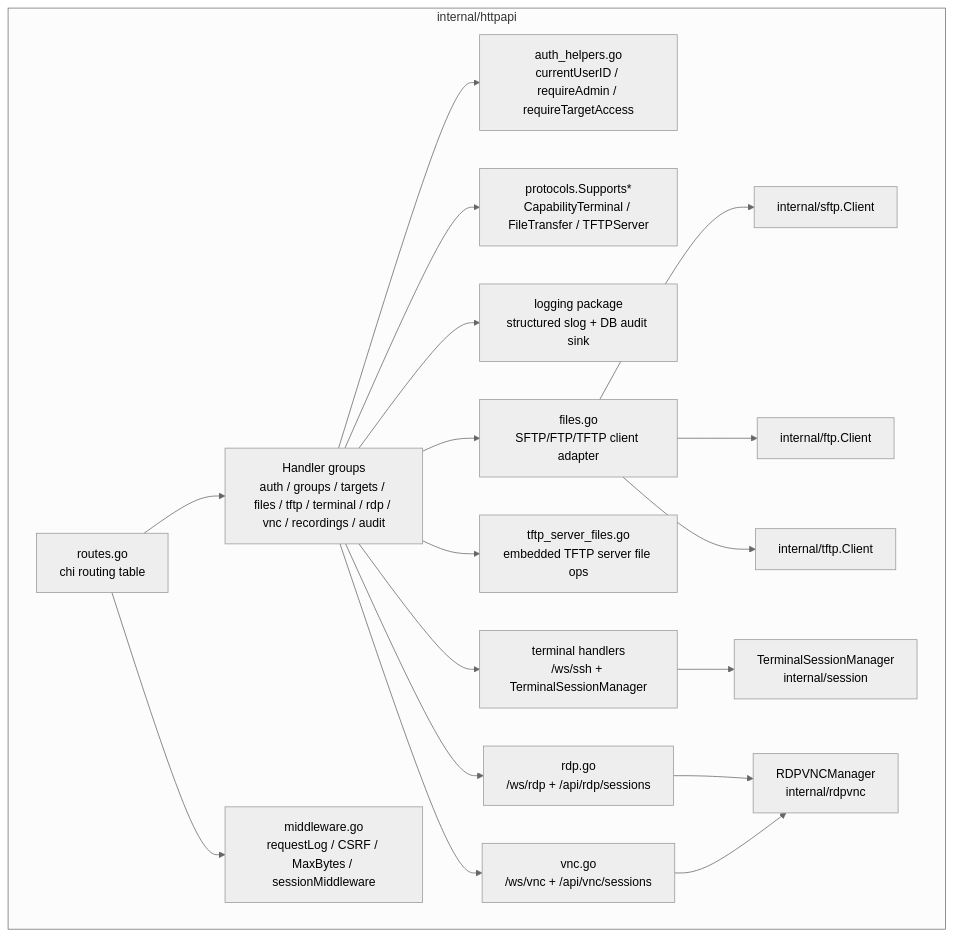
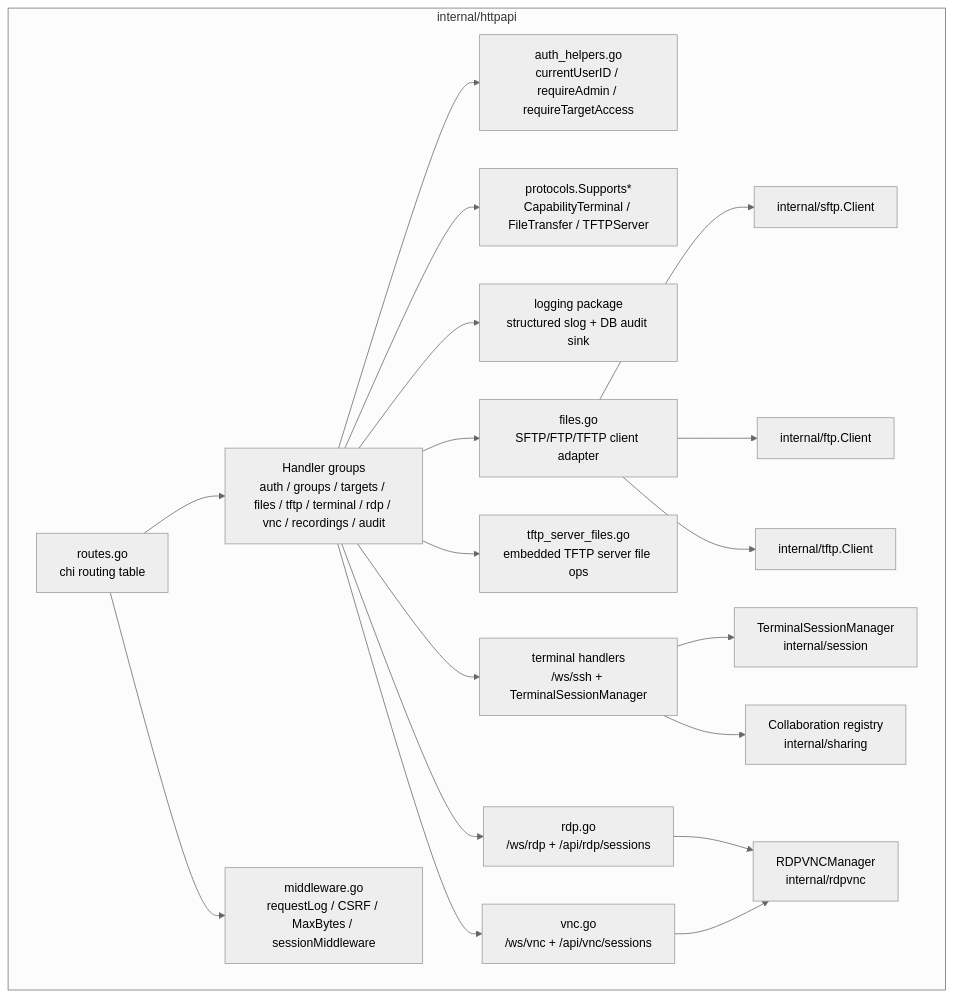
The second of 4 diagrams in docs/ARCHITECTURE.md (nullpo7z/vantyx), drawn with Mermaid (neutral theme) before and after one commit. The commit also changed other lines of this file and 65 other files, not shown here.

````diff
--- a/docs/ARCHITECTURE.md
+++ b/docs/ARCHITECTURE.md
@@ -49,31 +49,32 @@
 ```mermaid
 graph TD
     subgraph HTTPAPI["internal/httpapi"]
         Routes["routes.go<br/>chi routing table"] --> Handlers
         Handlers["Handler groups<br/>auth / groups / targets / files / tftp / terminal / rdp / vnc / recordings / audit"]
 
         AuthHelpers["auth_helpers.go<br/>currentUserID / requireAdmin / requireTargetAccess"]
         ProtocolCaps["protocols.Supports*<br/>CapabilityTerminal / FileTransfer / TFTPServer"]
         Middleware["middleware.go<br/>requestLog / CSRF / MaxBytes / sessionMiddleware"]
         Audit["logging package<br/>structured slog + DB audit sink"]
 
         Routes --> Middleware
         Handlers --> AuthHelpers
         Handlers --> ProtocolCaps
         Handlers --> Audit
 
         Handlers --> Files["files.go<br/>SFTP/FTP/TFTP client adapter"]
         Handlers --> TFTPFiles["tftp_server_files.go<br/>embedded TFTP server file ops"]
         Files --> SFTPClient["internal/sftp.Client"]
         Files --> FTPClient["internal/ftp.Client"]
         Files --> TFTPClient["internal/tftp.Client"]
 
         Handlers --> TermWS["terminal handlers<br/>/ws/ssh + TerminalSessionManager"]
         Handlers --> RDPWS["rdp.go<br/>/ws/rdp + /api/rdp/sessions"]
         Handlers --> VNCWS["vnc.go<br/>/ws/vnc + /api/vnc/sessions"]
 
         TermWS --> TermSessMan["TerminalSessionManager<br/>internal/session"]
+        TermWS --> Sharing["Collaboration registry<br/>internal/sharing"]
         RDPWS --> RDPVNCMan["RDPVNCManager<br/>internal/rdpvnc"]
         VNCWS --> RDPVNCMan
     end
 ```
````
